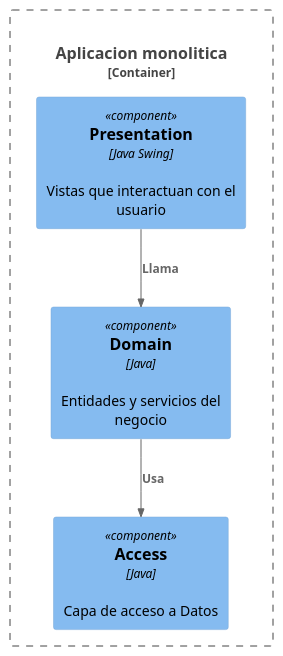
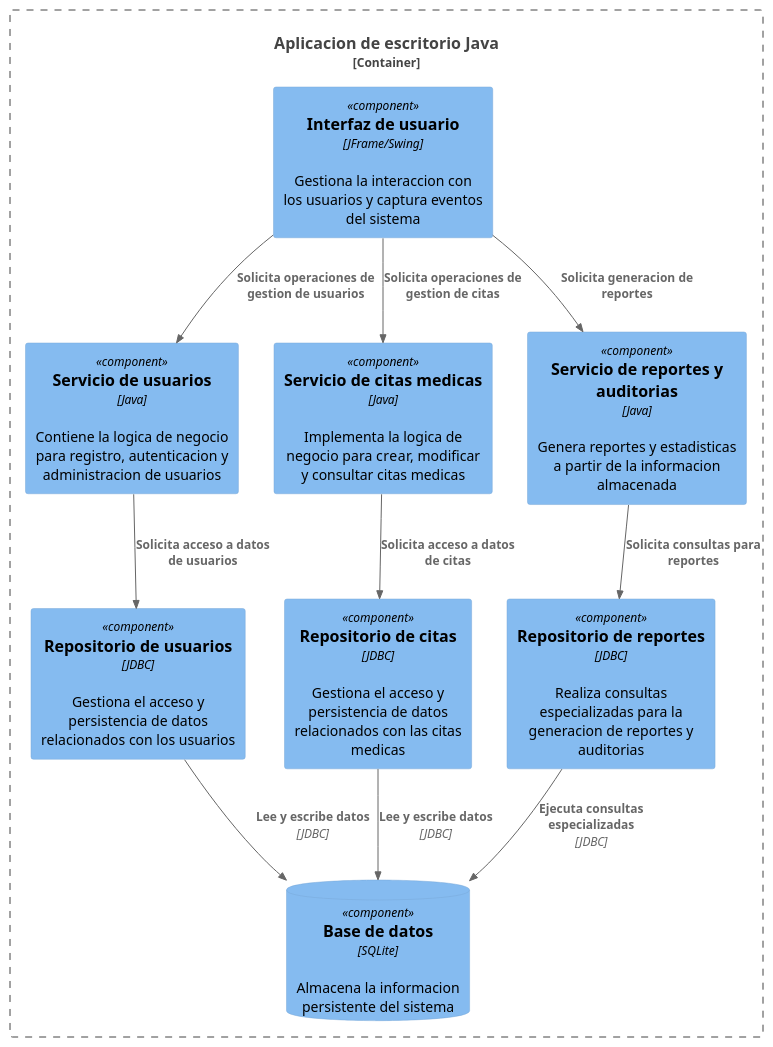
The diagram in mod_app_piedrazul_medical_services_network/dComponent.puml (FernandoMulato/Piedrazul-Medical-Services-Network), drawn with PlantUML before and after one commit.

Commit message:
Diagrama de componentes terminado

```diff
--- a/mod_app_piedrazul_medical_services_network/dComponent.puml
+++ b/mod_app_piedrazul_medical_services_network/dComponent.puml
@@ -1,18 +1,37 @@
 @startuml ComponentDiagram
 !include https://raw.githubusercontent.com/plantuml-stdlib/C4-PlantUML/master/C4_Component.puml
 
 LAYOUT_TOP_DOWN()
 
-Container_Boundary(monolith, "Aplicacion monolitica", "Java Desktop Swing\nAplicación que contiene tanto el frontend como el backend") {
+Container_Boundary(app, "Aplicacion de escritorio Java") {
 
-    Component(presentation, "Presentation", "Java Swing", "Vistas que interactuan con el usuario")
+    Component(ui, "Interfaz de usuario", "JFrame/Swing", "Gestiona la interaccion con los usuarios y captura eventos del sistema")
 
-    Component(domain, "Domain", "Java", "Entidades y servicios del negocio")
+    Component(servicioUsuarios, "Servicio de usuarios", "Java", "Contiene la logica de negocio para registro, autenticacion y administracion de usuarios")
 
-    Component(access, "Access", "Java", "Capa de acceso a Datos")
+    Component(servicioCitas, "Servicio de citas medicas", "Java", "Implementa la logica de negocio para crear, modificar y consultar citas medicas")
 
-    Rel(presentation, domain, "Llama")
-    Rel(domain, access, "Usa")
+    Component(servicioReportes, "Servicio de reportes y auditorias", "Java", "Genera reportes y estadisticas a partir de la informacion almacenada")
+
+    Component(repoUsuarios, "Repositorio de usuarios", "JDBC", "Gestiona el acceso y persistencia de datos relacionados con los usuarios")
+
+    Component(repoCitas, "Repositorio de citas", "JDBC", "Gestiona el acceso y persistencia de datos relacionados con las citas medicas")
+
+    Component(repoReportes, "Repositorio de reportes", "JDBC", "Realiza consultas especializadas para la generacion de reportes y auditorias")
+
+    ComponentDb(db, "Base de datos", "SQLite", "Almacena la informacion persistente del sistema")
 }
 
+Rel(ui, servicioUsuarios, "Solicita operaciones de gestion de usuarios")
+Rel(ui, servicioCitas, "Solicita operaciones de gestion de citas")
+Rel(ui, servicioReportes, "Solicita generacion de reportes")
+
+Rel(servicioUsuarios, repoUsuarios, "Solicita acceso a datos de usuarios")
+Rel(servicioCitas, repoCitas, "Solicita acceso a datos de citas")
+Rel(servicioReportes, repoReportes, "Solicita consultas para reportes")
+
+Rel(repoUsuarios, db, "Lee y escribe datos", "JDBC")
+Rel(repoCitas, db, "Lee y escribe datos", "JDBC")
+Rel(repoReportes, db, "Ejecuta consultas especializadas", "JDBC")
+
 @enduml
```
